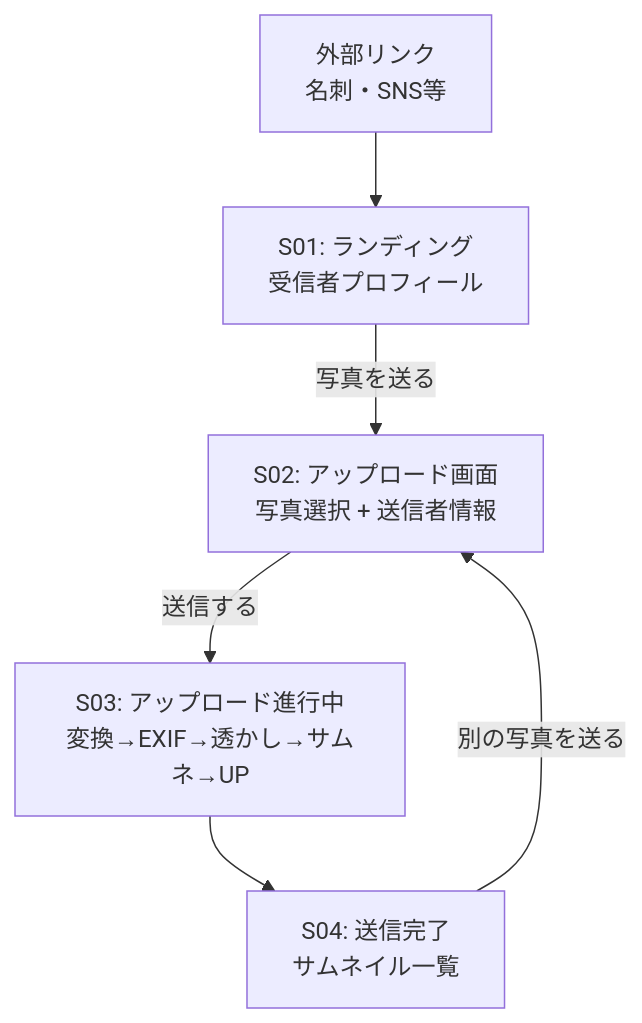
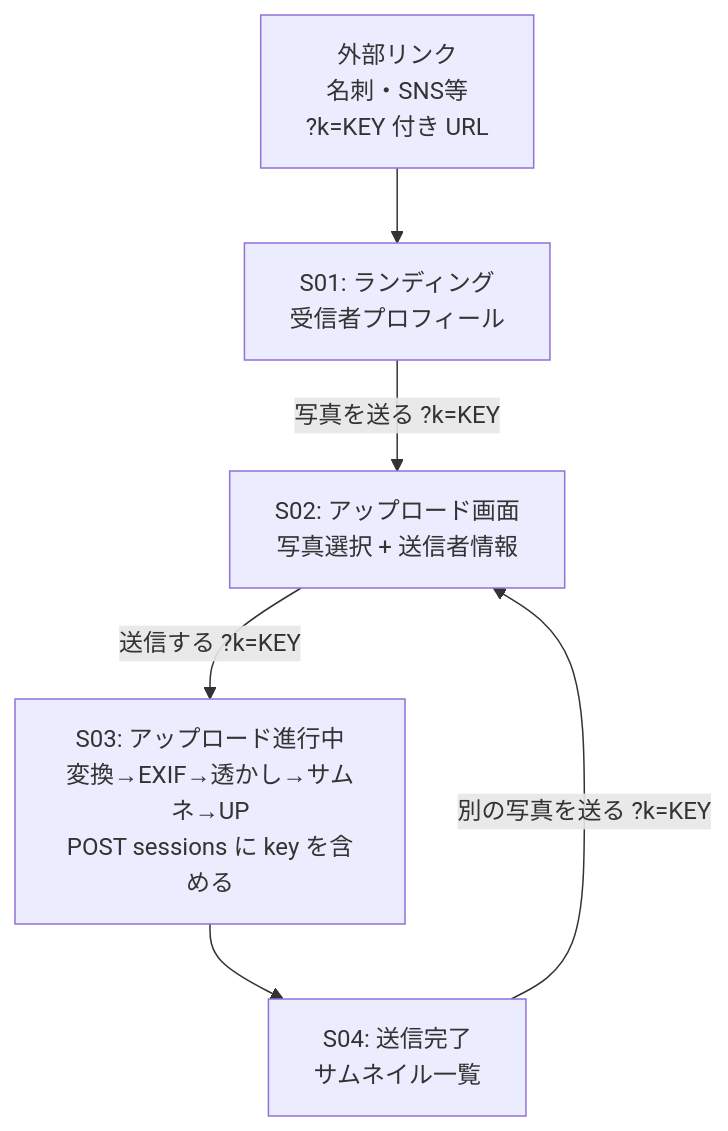
Before and after one commit to kuu13580/furdrop: the first of 3 diagrams in docs/screen-flow.md, drawn with Mermaid. The commit also changed other lines of this file and 13 other files, not shown here.

````diff
--- a/docs/screen-flow.md
+++ b/docs/screen-flow.md
@@ -25,8 +27,8 @@
 ```mermaid
 flowchart TD
-    EXT[外部リンク<br/>名刺・SNS等] --> S01[S01: ランディング<br/>受信者プロフィール]
-    S01 -->|写真を送る| S02[S02: アップロード画面<br/>写真選択 + 送信者情報]
-    S02 -->|送信する| S03[S03: アップロード進行中<br/>変換→EXIF→透かし→サムネ→UP]
+    EXT[外部リンク<br/>名刺・SNS等<br/>?k=KEY 付き URL] --> S01[S01: ランディング<br/>受信者プロフィール]
+    S01 -->|写真を送る ?k=KEY| S02[S02: アップロード画面<br/>写真選択 + 送信者情報]
+    S02 -->|送信する ?k=KEY| S03[S03: アップロード進行中<br/>変換→EXIF→透かし→サムネ→UP<br/>POST sessions に key を含める]
     S03 --> S04[S04: 送信完了<br/>サムネイル一覧]
-    S04 -->|別の写真を送る| S02
+    S04 -->|別の写真を送る ?k=KEY| S02
 ```
````
